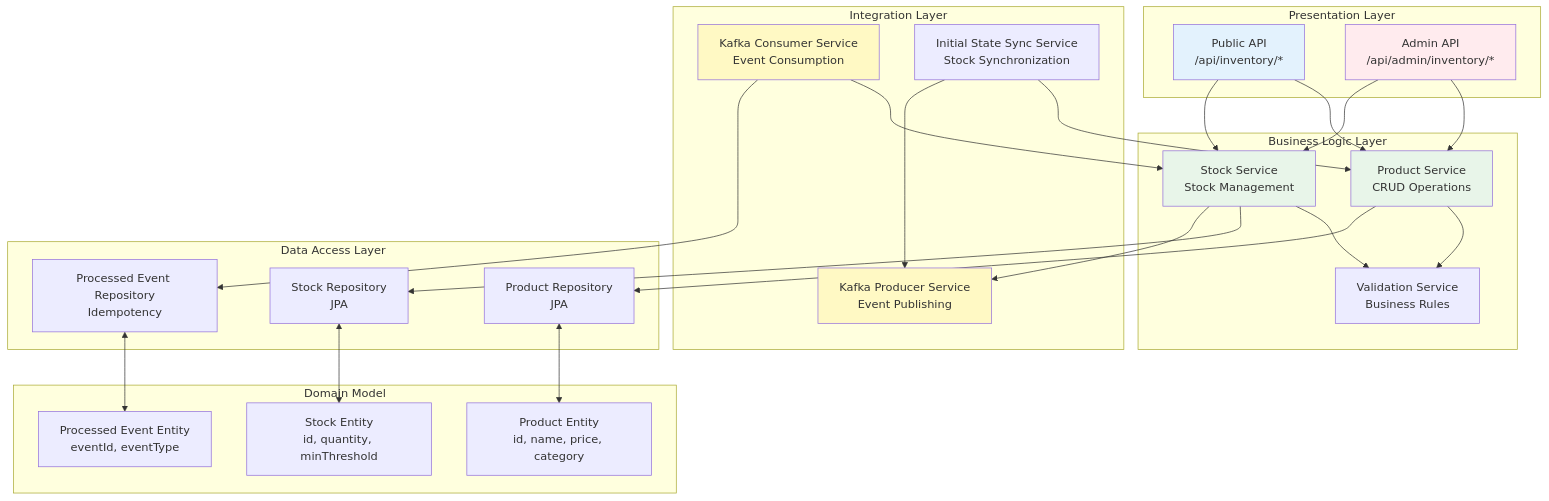
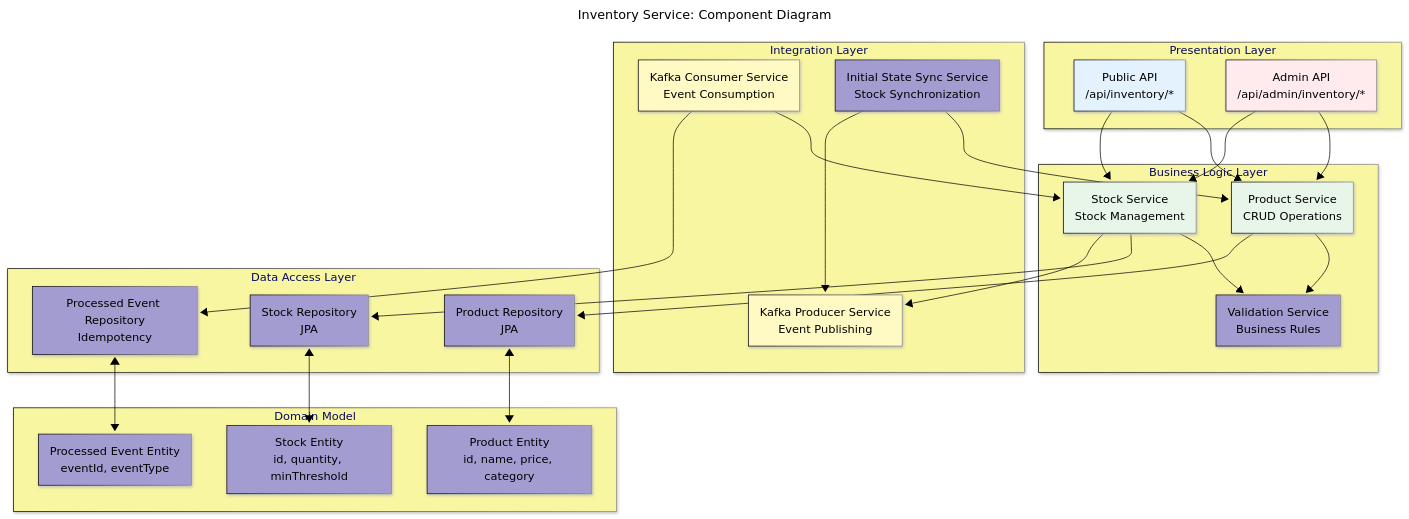
The second of 9 diagrams in Documentation/diagrams/inventory-service.md (BrunoGil-AS/Vending-Machine-Microservices), drawn with Mermaid before and after one commit. The commit also changed other lines of this file and 7 other files, not shown here.

Commit message:
docs: Update service diagrams with new configurations and titles

````diff
--- a/Documentation/diagrams/inventory-service.md
+++ b/Documentation/diagrams/inventory-service.md
@@ -73,60 +87,74 @@
 ```mermaid
+---
+config:
+  theme: base
+  themeVariables:
+    primaryColor: '#a39cd1ff'
+    primaryTextColor: '#000000'
+    secondaryTextColor: '#ffffffff'
+    primaryBorderColor: '#000000'
+    lineColor: '#000000ff'
+    secondaryColor: '#90b590ff'
+    tertiaryColor: '#f9f6a1ff'
+  look: neo
+title: 'Inventory Service: Component Diagram'
+---
 graph TB
     subgraph "Presentation Layer"
         PUBLIC_API[Public API<br/>/api/inventory/*]
         ADMIN_API[Admin API<br/>/api/admin/inventory/*]
     end
 
     subgraph "Business Logic Layer"
         PRODUCT_SERVICE[Product Service<br/>CRUD Operations]
         STOCK_SERVICE[Stock Service<br/>Stock Management]
         VALIDATION[Validation Service<br/>Business Rules]
     end
 
     subgraph "Integration Layer"
         KAFKA_PRODUCER[Kafka Producer Service<br/>Event Publishing]
         KAFKA_CONSUMER[Kafka Consumer Service<br/>Event Consumption]
         SYNC_SERVICE[Initial State Sync Service<br/>Stock Synchronization]
     end
 
     subgraph "Data Access Layer"
         PRODUCT_REPO[Product Repository<br/>JPA]
         STOCK_REPO[Stock Repository<br/>JPA]
         PROCESSED_EVENT_REPO[Processed Event Repository<br/>Idempotency]
     end
 
     subgraph "Domain Model"
         PRODUCT[Product Entity<br/>id, name, price, category]
         STOCK[Stock Entity<br/>id, quantity, minThreshold]
         PROCESSED_EVENT[Processed Event Entity<br/>eventId, eventType]
     end
 
     PUBLIC_API --> PRODUCT_SERVICE
     PUBLIC_API --> STOCK_SERVICE
     ADMIN_API --> PRODUCT_SERVICE
     ADMIN_API --> STOCK_SERVICE
 
     PRODUCT_SERVICE --> VALIDATION
     STOCK_SERVICE --> VALIDATION
 
     PRODUCT_SERVICE --> PRODUCT_REPO
     STOCK_SERVICE --> STOCK_REPO
     STOCK_SERVICE --> KAFKA_PRODUCER
 
     KAFKA_CONSUMER --> STOCK_SERVICE
     KAFKA_CONSUMER --> PROCESSED_EVENT_REPO
 
     PRODUCT_REPO <--> PRODUCT
     STOCK_REPO <--> STOCK
     PROCESSED_EVENT_REPO <--> PROCESSED_EVENT
 
     SYNC_SERVICE --> PRODUCT_SERVICE
     SYNC_SERVICE --> KAFKA_PRODUCER
 
     style PUBLIC_API fill:#e3f2fd
     style ADMIN_API fill:#ffebee
     style PRODUCT_SERVICE fill:#e8f5e9
     style STOCK_SERVICE fill:#e8f5e9
     style KAFKA_PRODUCER fill:#fff9c4
     style KAFKA_CONSUMER fill:#fff9c4
 ```
````
